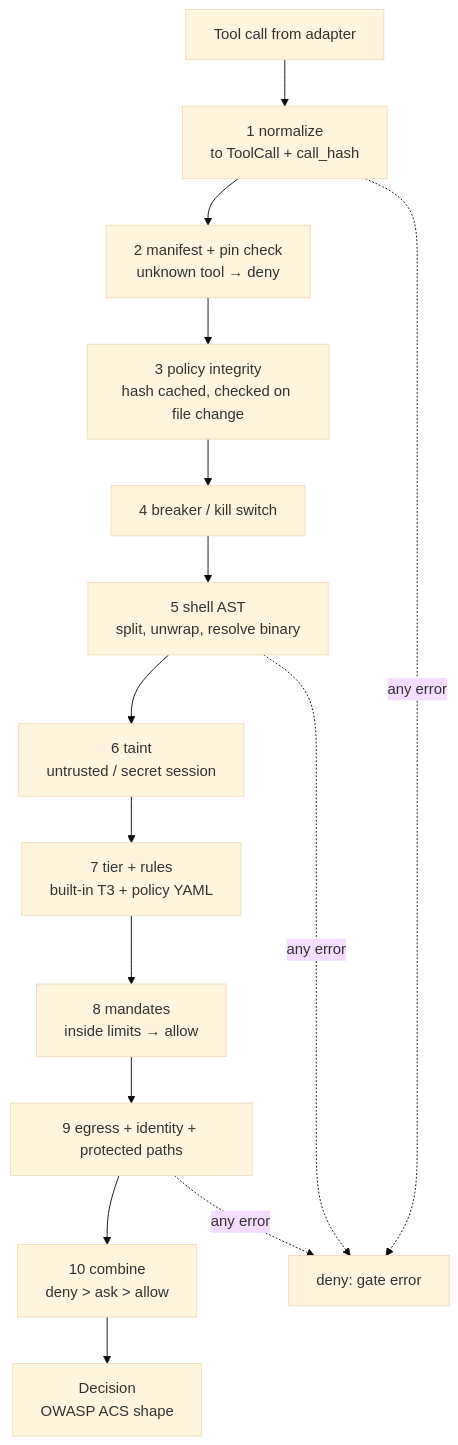
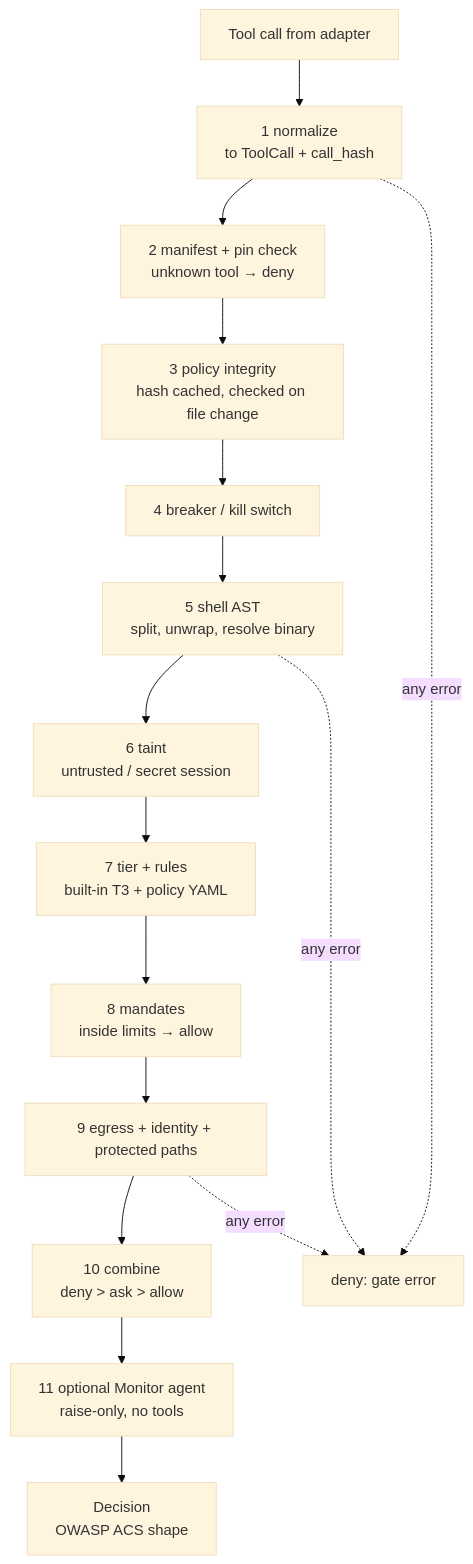
One commit to MiladNalbandi/keel-gate changed the second of 2 diagrams in docs/architecture.md. Above: the diagram before and after it, drawn with Mermaid (base theme). The commit also changed other lines of this file and 36 other files, not shown here.

First line of the commit message:
feat: optional Monitor agent (raise-only, read-only judge) and honest README

````diff
--- a/docs/architecture.md
+++ b/docs/architecture.md
@@ -52,17 +52,18 @@
 ```mermaid
 flowchart TB
     IN[Tool call from adapter] --> N[1 normalize<br/>to ToolCall + call_hash]
     N --> M[2 manifest + pin check<br/>unknown tool → deny]
     M --> I[3 policy integrity<br/>hash cached, checked on file change]
     I --> B[4 breaker / kill switch]
     B --> S[5 shell AST<br/>split, unwrap, resolve binary]
     S --> TT[6 taint<br/>untrusted / secret session]
     TT --> TI[7 tier + rules<br/>built-in T3 + policy YAML]
     TI --> MD[8 mandates<br/>inside limits → allow]
     MD --> E[9 egress + identity + protected paths]
     E --> C[10 combine<br/>deny > ask > allow]
-    C --> OUT[Decision<br/>OWASP ACS shape]
+    C --> MO[11 optional Monitor agent<br/>raise-only, no tools]
+    MO --> OUT[Decision<br/>OWASP ACS shape]
     N -. any error .-> X[deny: gate error]
     S -. any error .-> X
     E -. any error .-> X
 ```
````
